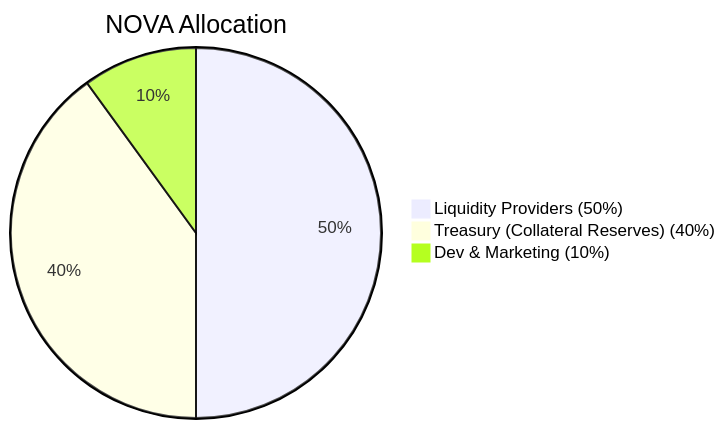
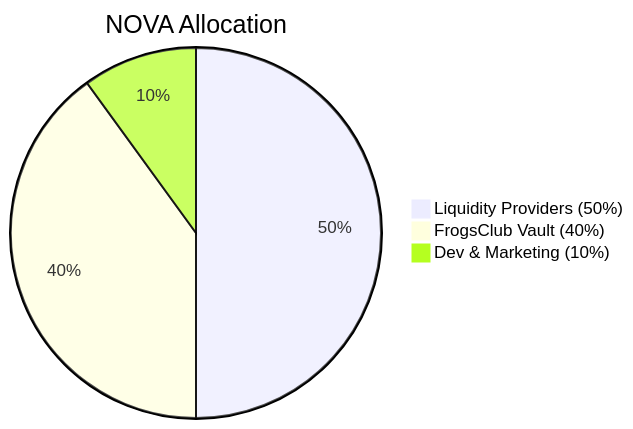
One commit to lume-fi/lumefi-contracts changed the second of 3 diagrams in README.md. Above: the diagram before and after it, drawn with Mermaid. The commit also changed other lines of this file, not shown here.

````diff
--- a/README.md
+++ b/README.md
@@ -98,7 +98,7 @@
 ```mermaid
 pie
     title NOVA Allocation
     "Liquidity Providers (50%)": 50
-    "Treasury (Collateral Reserves) (40%)": 40
+    "FrogsClub Vault (40%)": 40
     "Dev & Marketing (10%)": 10
 ```
````
